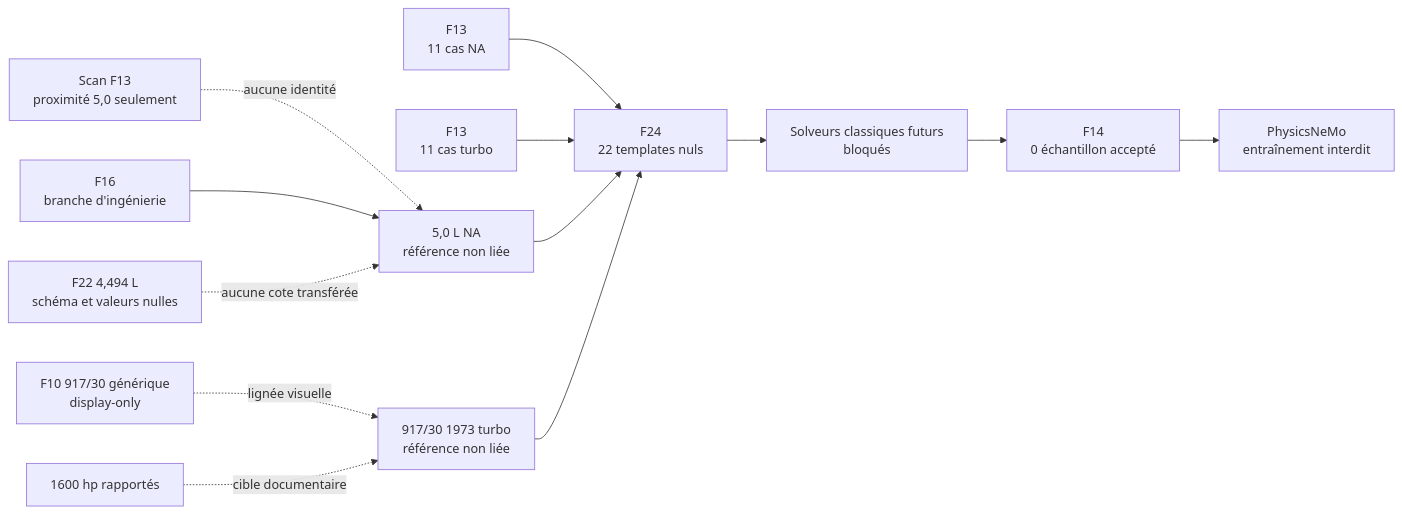
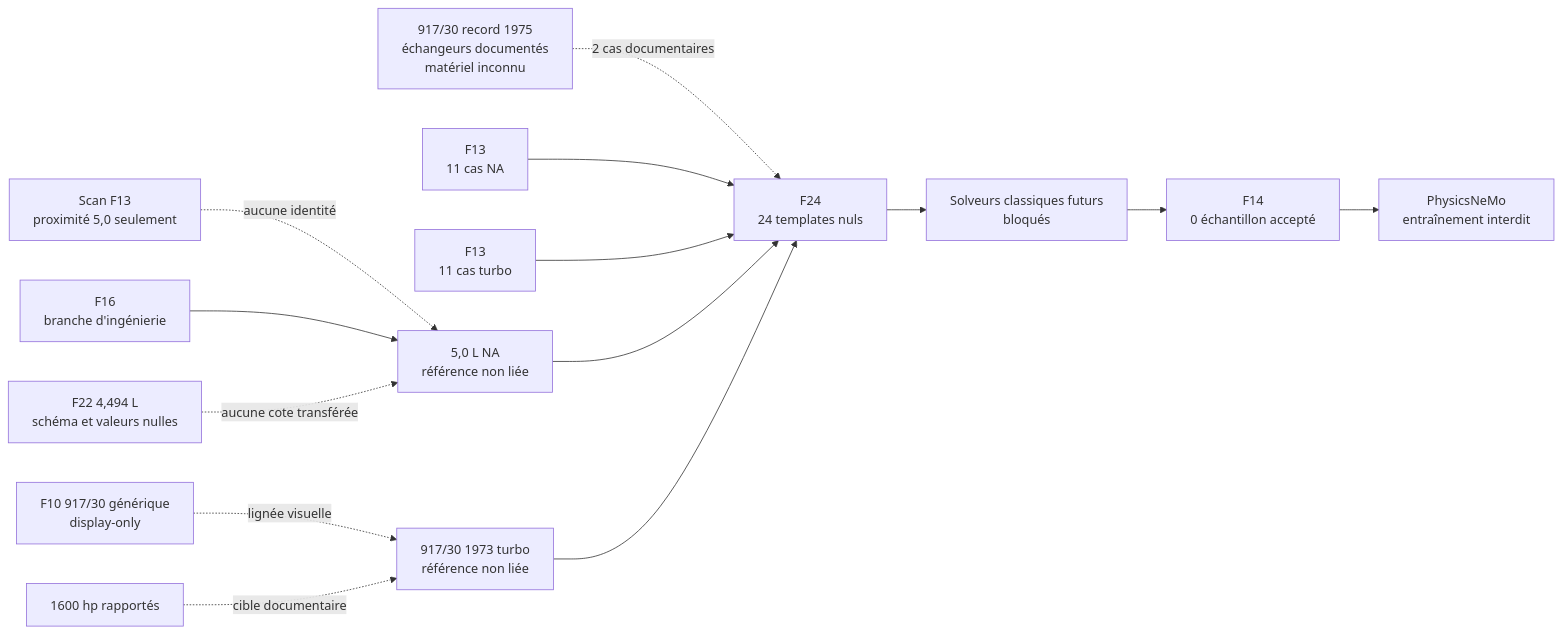
Before and after one commit to cluster2600/porscheparts: the diagram in docs/917_DUAL_VARIANT_FUNCTIONAL_READINESS_F24.md, drawn with Mermaid. The commit also changed other lines of this file and 34 other files, not shown here.

````diff
--- a/docs/917_DUAL_VARIANT_FUNCTIONAL_READINESS_F24.md
+++ b/docs/917_DUAL_VARIANT_FUNCTIONAL_READINESS_F24.md
@@ -16,15 +20,16 @@
 ```mermaid
 flowchart LR
     SCAN["Scan F13<br/>proximité 5,0 seulement"] -. "aucune identité" .-> NA["5,0 L NA<br/>référence non liée"]
     F16["F16<br/>branche d'ingénierie"] --> NA
     F22["F22 4,494 L<br/>schéma et valeurs nulles"] -. "aucune cote transférée" .-> NA
     F10T["F10 917/30 générique<br/>display-only"] -. "lignée visuelle" .-> TURBO["917/30 1973 turbo<br/>référence non liée"]
     CLAIM["1600 hp rapportés"] -. "cible documentaire" .-> TURBO
-    F13N["F13<br/>11 cas NA"] --> F24["F24<br/>22 templates nuls"]
+    RECORD["917/30 record 1975<br/>échangeurs documentés<br/>matériel inconnu"] -. "2 cas documentaires" .-> F24
+    F13N["F13<br/>11 cas NA"] --> F24["F24<br/>24 templates nuls"]
     F13T["F13<br/>11 cas turbo"] --> F24
     NA --> F24
     TURBO --> F24
     F24 --> CLASSIC["Solveurs classiques futurs<br/>bloqués"]
     CLASSIC --> DATA["F14<br/>0 échantillon accepté"]
     DATA --> PN["PhysicsNeMo<br/>entraînement interdit"]
 ```
````
